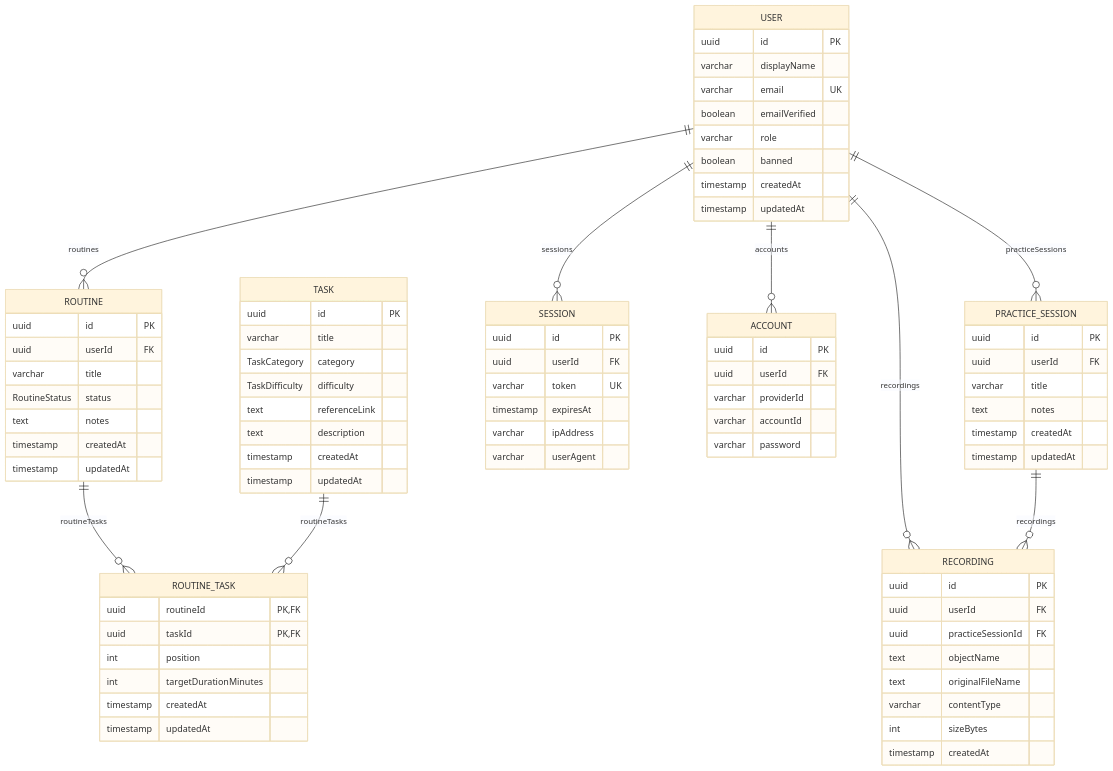
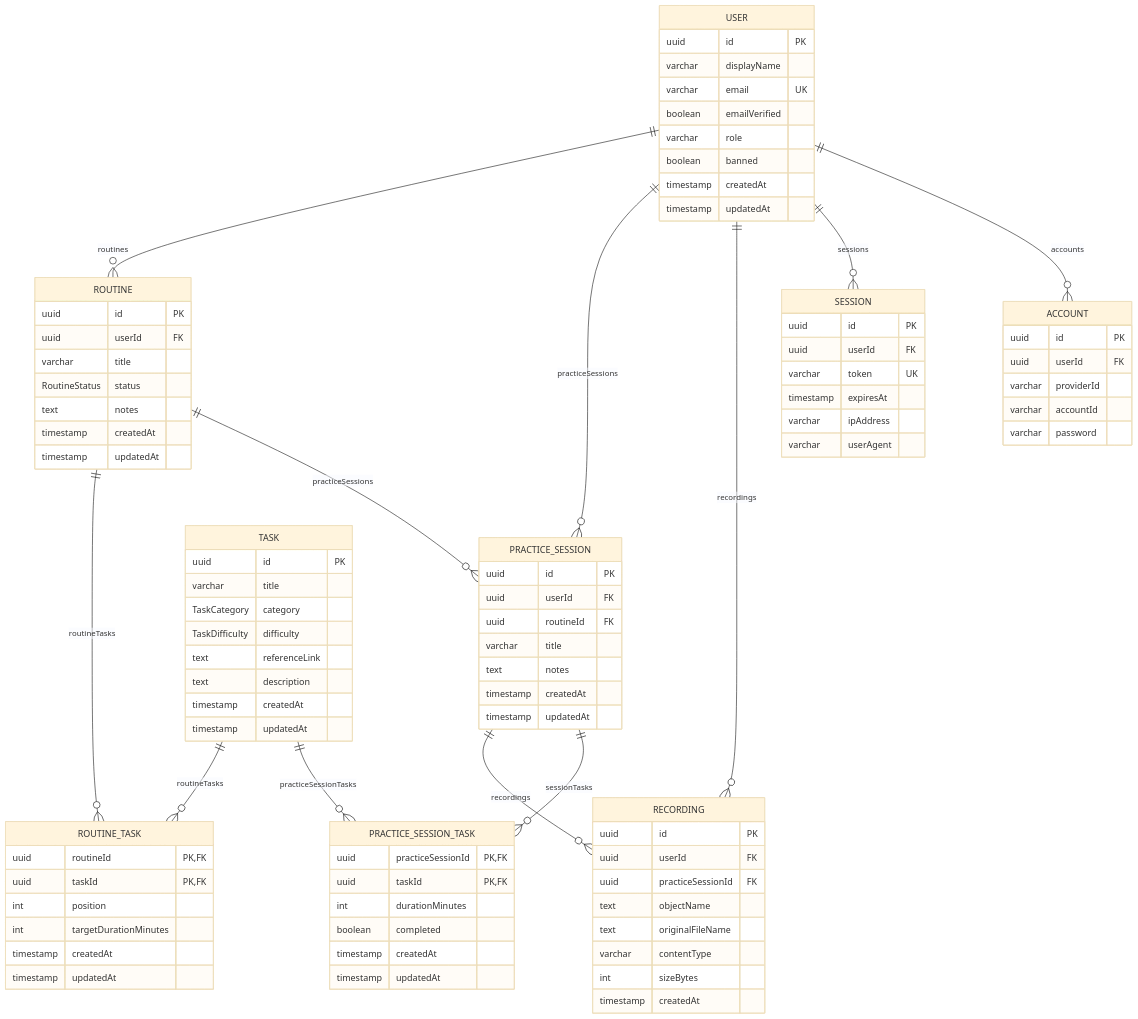
The second of 2 diagrams in README.md (alecoelhodev/guitarcoach), drawn with Mermaid (base theme) before and after one commit. The commit also changed other lines of this file and 45 other files, not shown here.

```diff
--- a/README.md
+++ b/README.md
@@ -80,6 +83,9 @@
     ROUTINE ||--o{ ROUTINE_TASK : "routineTasks"
     TASK ||--o{ ROUTINE_TASK : "routineTasks"
     PRACTICE_SESSION ||--o{ RECORDING : "recordings"
+    ROUTINE ||--o{ PRACTICE_SESSION : "practiceSessions"
+    PRACTICE_SESSION ||--o{ PRACTICE_SESSION_TASK : "sessionTasks"
+    TASK ||--o{ PRACTICE_SESSION_TASK : "practiceSessionTasks"
 
     USER {
         uuid id PK
@@ -125,8 +131,18 @@
     PRACTICE_SESSION {
         uuid id PK
         uuid userId FK
+        uuid routineId FK
         varchar title
         text notes
+        timestamp createdAt
+        timestamp updatedAt
+    }
+
+    PRACTICE_SESSION_TASK {
+        uuid practiceSessionId PK, FK
+        uuid taskId PK, FK
+        int durationMinutes
+        boolean completed
         timestamp createdAt
         timestamp updatedAt
     }
```
